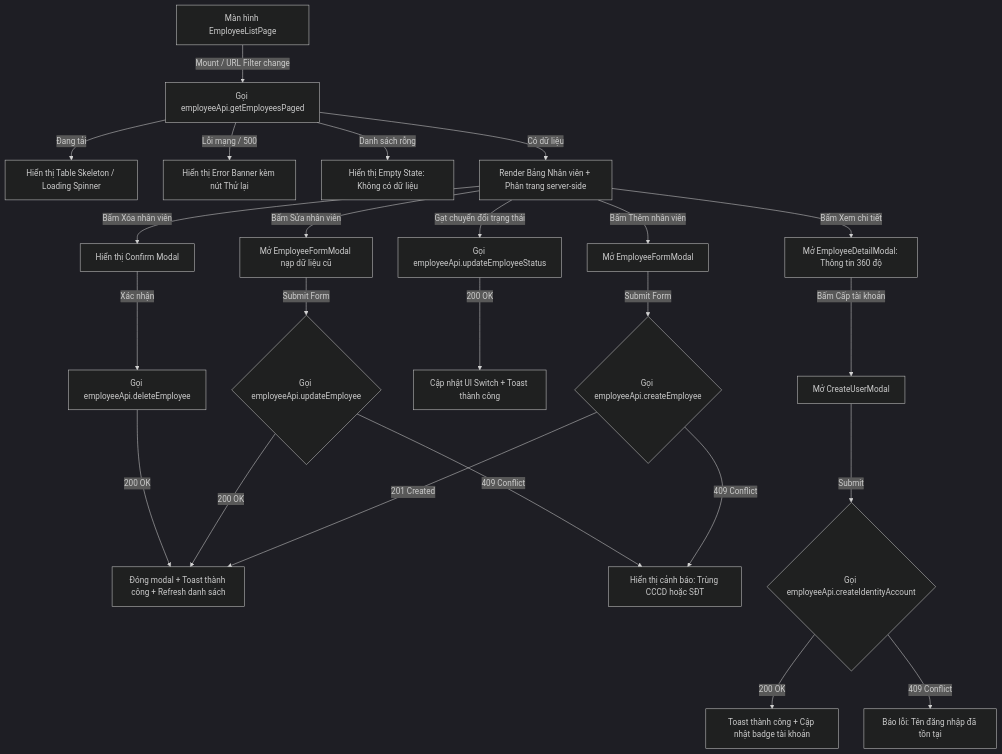
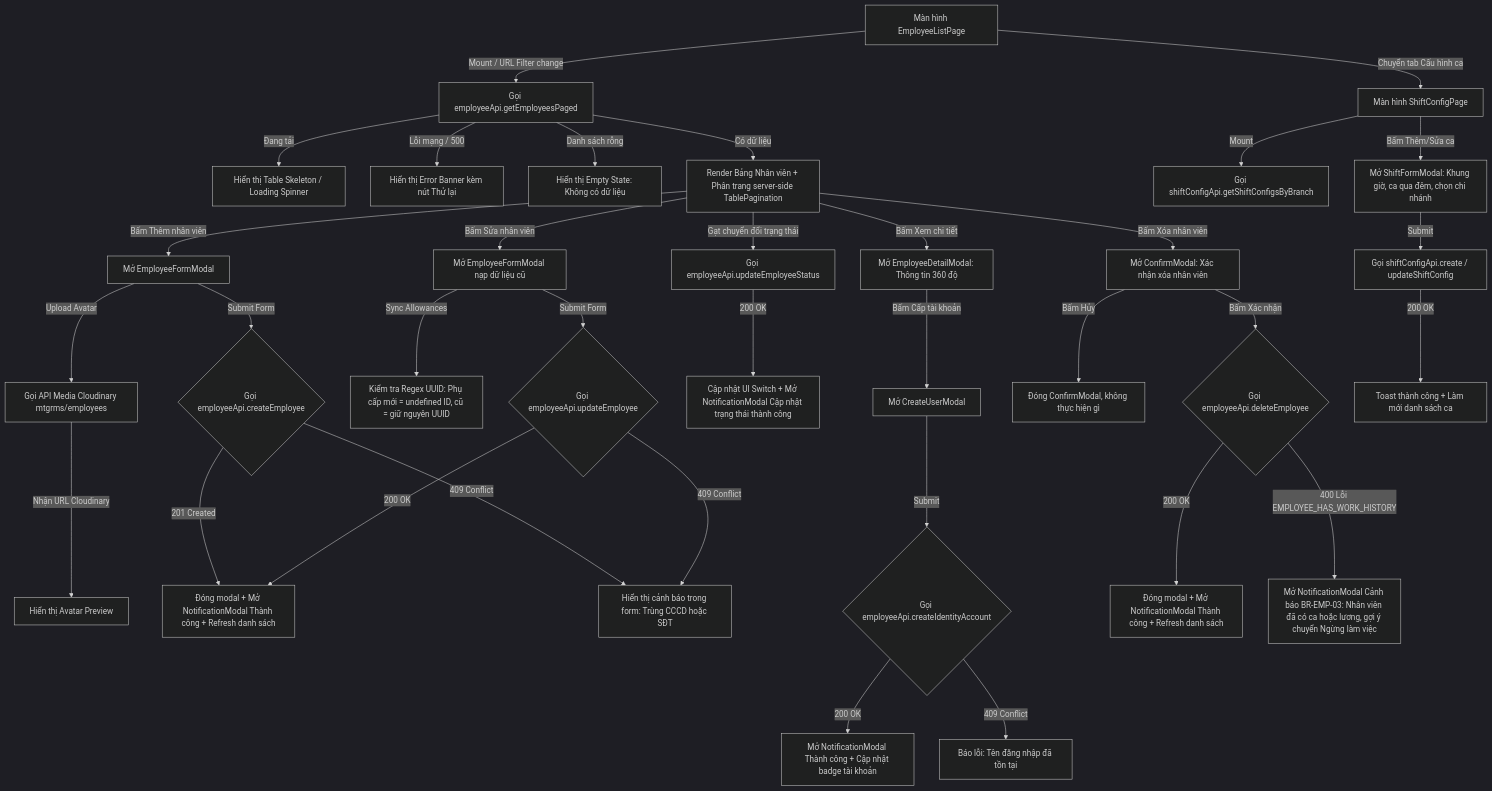
One commit to SEP490-G84-MTGRMS/ai-team-kit changed the diagram in team-ai-knowledge/openspec/changes/employee-fe-integration/design-brief.md. Above: the diagram before and after it, drawn with Mermaid (dark theme). The commit also changed other lines of this file and 1 other file, not shown here.

Commit message:
sep(employee-fe-integration): update design-brief.md

````diff
--- a/team-ai-knowledge/openspec/changes/employee-fe-integration/design-brief.md
+++ b/team-ai-knowledge/openspec/changes/employee-fe-integration/design-brief.md
@@ -5,31 +5,42 @@
 ```mermaid
 flowchart TD
     A[Màn hình EmployeeListPage] -->|Mount / URL Filter change| B[Gọi employeeApi.getEmployeesPaged]
     B -->|Đang tải| C[Hiển thị Table Skeleton / Loading Spinner]
     B -->|Lỗi mạng / 500| D[Hiển thị Error Banner kèm nút Thử lại]
     B -->|Danh sách rỗng| E[Hiển thị Empty State: Không có dữ liệu]
-    B -->|Có dữ liệu| F[Render Bảng Nhân viên + Phân trang server-side]
+    B -->|Có dữ liệu| F[Render Bảng Nhân viên + Phân trang server-side TablePagination]
 
     F -->|Bấm Thêm nhân viên| G[Mở EmployeeFormModal]
+    G -->|Upload Avatar| G1[Gọi API Media Cloudinary mtgrms/employees]
+    G1 -->|Nhận URL Cloudinary| G2[Hiển thị Avatar Preview]
     G -->|Submit Form| H{Gọi employeeApi.createEmployee}
-    H -->|201 Created| I[Đóng modal + Toast thành công + Refresh danh sách]
-    H -->|409 Conflict| J[Hiển thị cảnh báo: Trùng CCCD hoặc SĐT]
+    H -->|201 Created| I[Đóng modal + Mở NotificationModal Thành công + Refresh danh sách]
+    H -->|409 Conflict| J[Hiển thị cảnh báo trong form: Trùng CCCD hoặc SĐT]
 
     F -->|Bấm Sửa nhân viên| K[Mở EmployeeFormModal nạp dữ liệu cũ]
+    K -->|Sync Allowances| K1[Kiểm tra Regex UUID: Phụ cấp mới = undefined ID, cũ = giữ nguyên UUID]
     K -->|Submit Form| L{Gọi employeeApi.updateEmployee}
     L -->|200 OK| I
     L -->|409 Conflict| J
 
     F -->|Gạt chuyển đổi trạng thái| M[Gọi employeeApi.updateEmployeeStatus]
-    M -->|200 OK| N[Cập nhật UI Switch + Toast thành công]
+    M -->|200 OK| N[Cập nhật UI Switch + Mở NotificationModal Cập nhật trạng thái thành công]
 
     F -->|Bấm Xem chi tiết| O[Mở EmployeeDetailModal: Thông tin 360 độ]
     O -->|Bấm Cấp tài khoản| P[Mở CreateUserModal]
     P -->|Submit| Q{Gọi employeeApi.createIdentityAccount}
-    Q -->|200 OK| R[Toast thành công + Cập nhật badge tài khoản]
+    Q -->|200 OK| R[Mở NotificationModal Thành công + Cập nhật badge tài khoản]
     Q -->|409 Conflict| S[Báo lỗi: Tên đăng nhập đã tồn tại]
 
-    F -->|Bấm Xóa nhân viên| T[Hiển thị Confirm Modal]
-    T -->|Xác nhận| U[Gọi employeeApi.deleteEmployee]
-    U -->|200 OK| I
+    F -->|Bấm Xóa nhân viên| T[Mở ConfirmModal: Xác nhận xóa nhân viên]
+    T -->|Bấm Hủy| T1[Đóng ConfirmModal, không thực hiện gì]
+    T -->|Bấm Xác nhận| U{Gọi employeeApi.deleteEmployee}
+    U -->|200 OK| V[Đóng modal + Mở NotificationModal Thành công + Refresh danh sách]
+    U -->|400 Lỗi EMPLOYEE_HAS_WORK_HISTORY| W[Mở NotificationModal Cảnh báo BR-EMP-03: Nhân viên đã có ca hoặc lương, gợi ý chuyển Ngừng làm việc]
+
+    A -->|Chuyển tab Cấu hình ca| SC[Màn hình ShiftConfigPage]
+    SC -->|Mount| SC1[Gọi shiftConfigApi.getShiftConfigsByBranch]
+    SC -->|Bấm Thêm/Sửa ca| SC2[Mở ShiftFormModal: Khung giờ, ca qua đêm, chọn chi nhánh]
+    SC2 -->|Submit| SC3[Gọi shiftConfigApi.create / updateShiftConfig]
+    SC3 -->|200 OK| SC4[Toast thành công + Làm mới danh sách ca]
 ```
````
